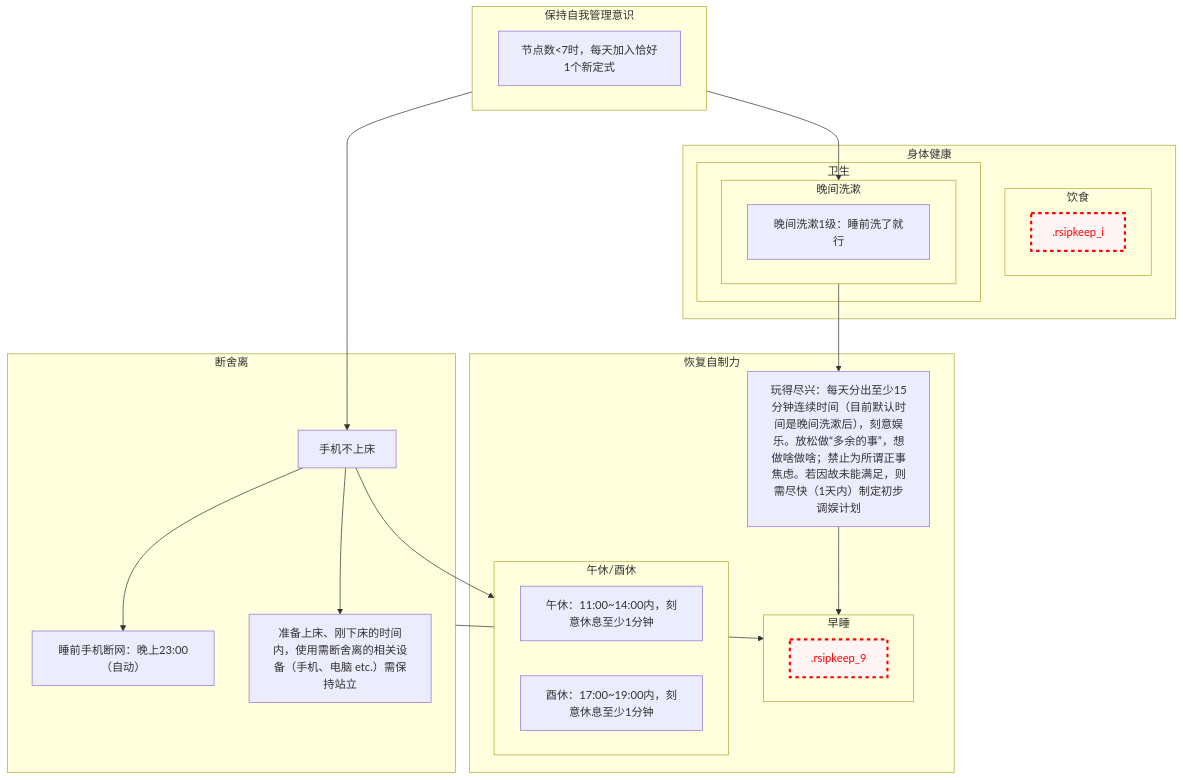
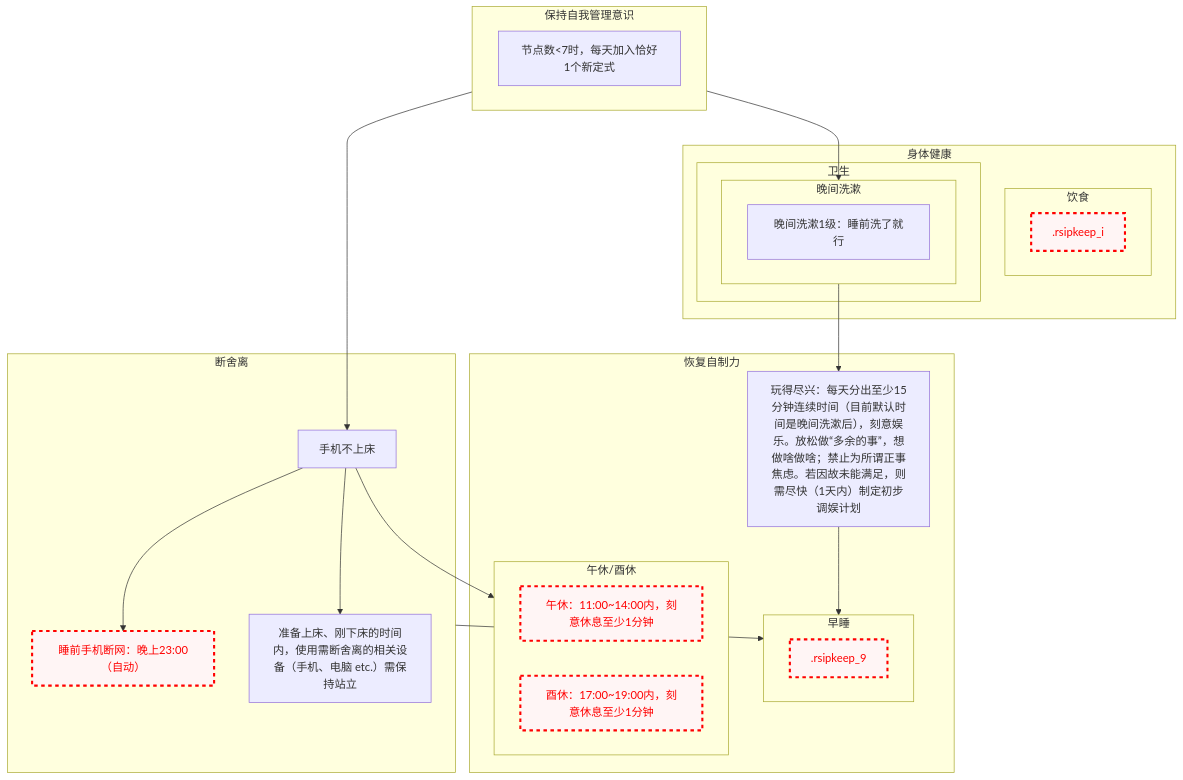
Before and after one commit to Ethkuil/RSIP-tree: the diagram in README.md, drawn with Mermaid. The commit also changed other lines of this file, not shown here.

Commit message:
mark failed: e, j, k

````diff
--- a/README.md
+++ b/README.md
@@ -9,45 +9,48 @@
 ```mermaid
 graph TD
 
 classDef failed stroke:#ff0000, stroke-width:3px, color:#ff0000, fill:#fff5f5, stroke-dasharray: 5
 
 subgraph 5[保持自我管理意识]
   0[节点数<7时，每天加入恰好1个新定式]
 end
 5 --> 1
 5 --> 6
 
 subgraph d[断舍离]
   1[手机不上床]
   1 --> e[睡前手机断网：晚上23:00（自动）]
+  class e failed
   1 --> l[准备上床、刚下床的时间内，使用需断舍离的相关设备（手机、电脑 etc.）需保持站立]
 end
 
 subgraph g[身体健康]
   subgraph h[卫生]
     subgraph 6[晚间洗漱]
       b[晚间洗漱1级：睡前洗了就行]
     end
   end
   subgraph i[饮食]
     .rsipkeep_i
     class .rsipkeep_i failed
   end
 end
 
 1 --> 2
 d --> 9
 6 --> 8
 subgraph f[恢复自制力]
   subgraph 2[午休/酉休]
     j[午休：11:00~14:00内，刻意休息至少1分钟]
     k[酉休：17:00~19:00内，刻意休息至少1分钟]
+    class j failed
+    class k failed
   end
   8[玩得尽兴：每天分出至少15分钟连续时间（目前默认时间是晚间洗漱后），刻意娱乐。放松做“多余的事”，想做啥做啥；禁止为所谓正事焦虑。若因故未能满足，则需尽快（1天内）制定初步调娱计划]
   8 --> 9
   subgraph 9[早睡]
     .rsipkeep_9
     class .rsipkeep_9 failed
   end
 end
 ```
````
